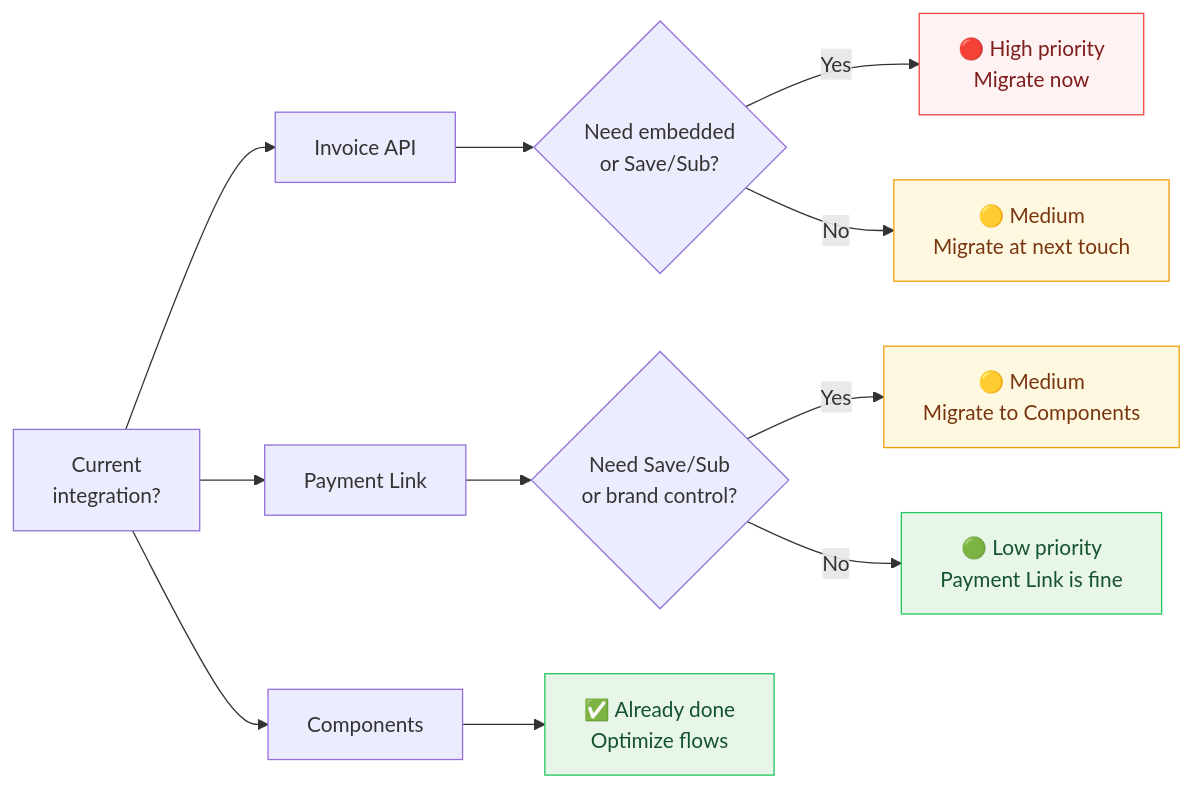
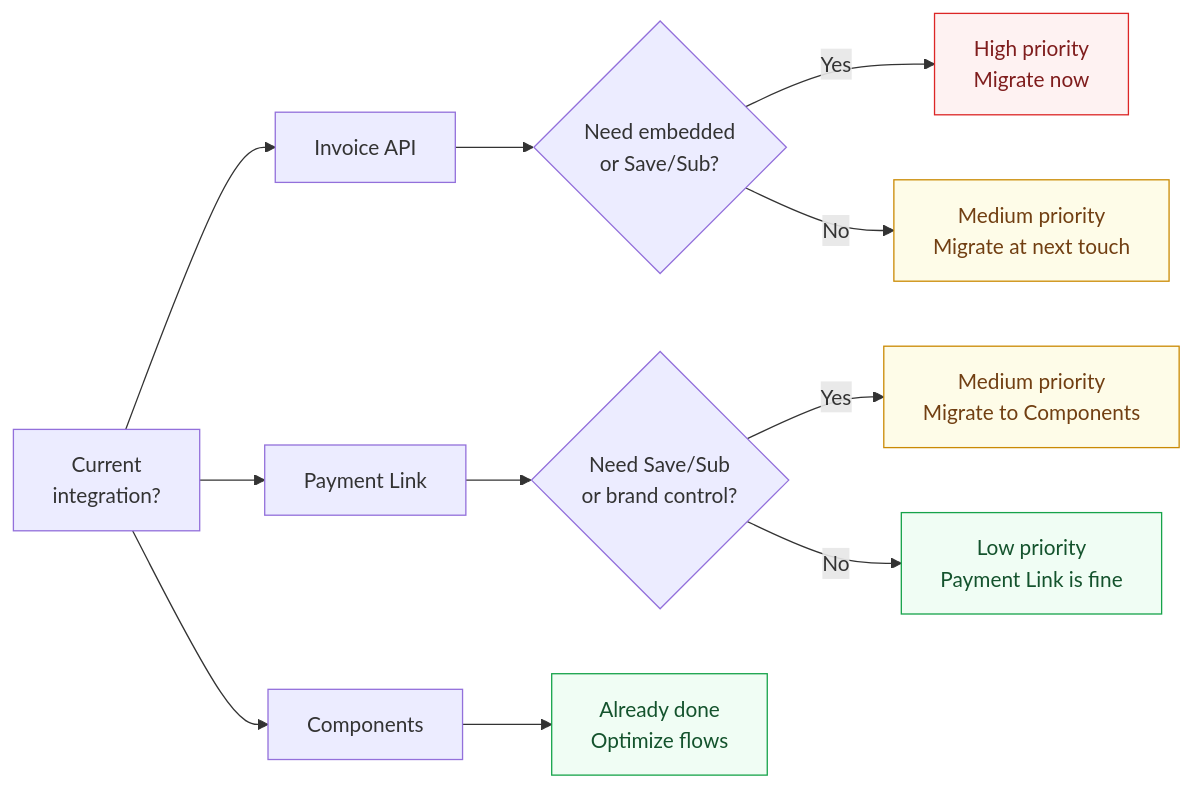
One commit to sabiqovsky/clm-components-guide changed the diagram in content/09-migration.md. Above: the diagram before and after it, drawn with Mermaid. The commit also changed 9 other files, not shown here.

First line of the commit message:
fix: WCAG-compliant Mermaid diagrams, no dark backgrounds

````diff
--- a/content/09-migration.md
+++ b/content/09-migration.md
@@ -5,22 +5,22 @@
 ```mermaid
 flowchart LR
     A["Current\nintegration?"] --> B["Invoice API"]
     A --> C["Payment Link"]
     A --> D["Components"]
 
     B --> E{"Need embedded\nor Save/Sub?"}
-    E -->|Yes| F["🔴 High priority\nMigrate now"]
-    E -->|No| G["🟡 Medium\nMigrate at next touch"]
+    E -->|Yes| F["High priority\nMigrate now"]
+    E -->|No| G["Medium priority\nMigrate at next touch"]
 
     C --> H{"Need Save/Sub\nor brand control?"}
-    H -->|Yes| I["🟡 Medium\nMigrate to Components"]
-    H -->|No| J["🟢 Low priority\nPayment Link is fine"]
+    H -->|Yes| I["Medium priority\nMigrate to Components"]
+    H -->|No| J["Low priority\nPayment Link is fine"]
 
-    D --> K["✅ Already done\nOptimize flows"]
+    D --> K["Already done\nOptimize flows"]
 
-    style F fill:#fef2f2,stroke:#ef4444,color:#7f1d1d
-    style G fill:#fff8e1,stroke:#f59e0b,color:#78350f
-    style I fill:#fff8e1,stroke:#f59e0b,color:#78350f
-    style J fill:#e8f5e9,stroke:#22c55e,color:#14532d
-    style K fill:#e8f5e9,stroke:#22c55e,color:#14532d
+    style F fill:#fef2f2,stroke:#dc2626,color:#7f1d1d
+    style G fill:#fefce8,stroke:#ca8a04,color:#713f12
+    style I fill:#fefce8,stroke:#ca8a04,color:#713f12
+    style J fill:#f0fdf4,stroke:#16a34a,color:#14532d
+    style K fill:#f0fdf4,stroke:#16a34a,color:#14532d
 ```
````
